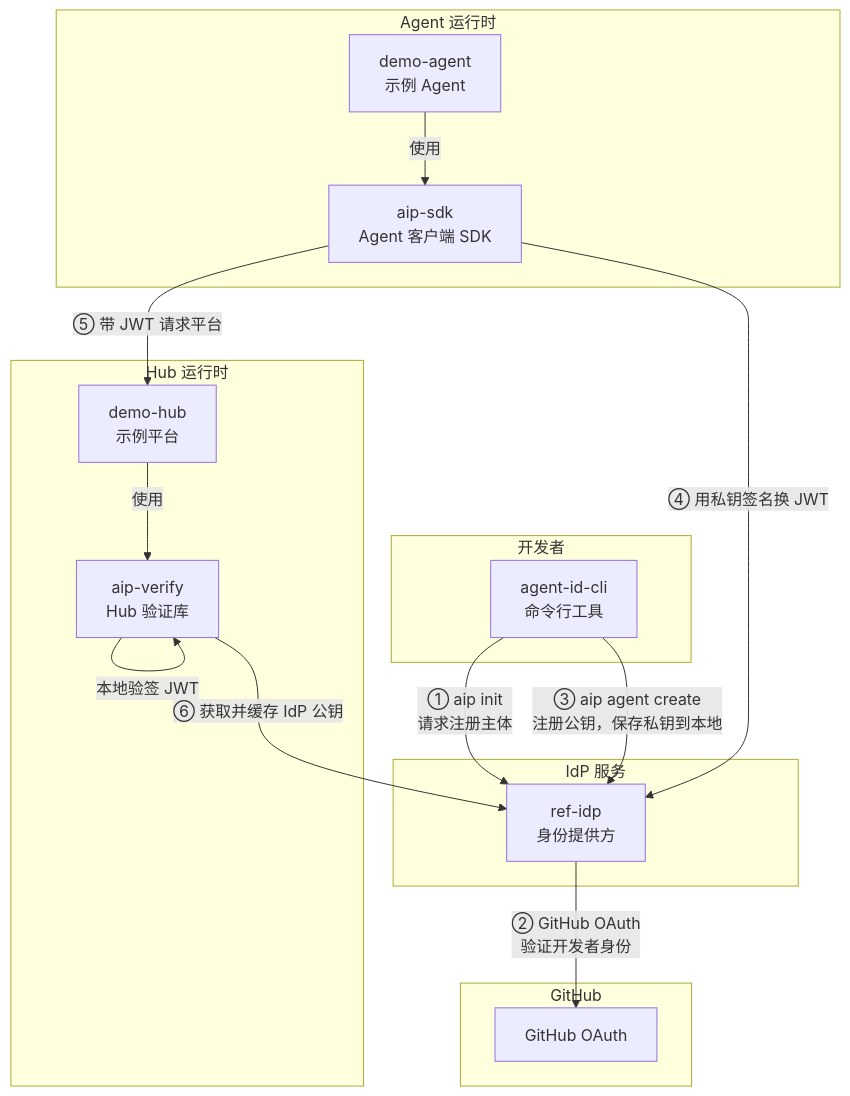
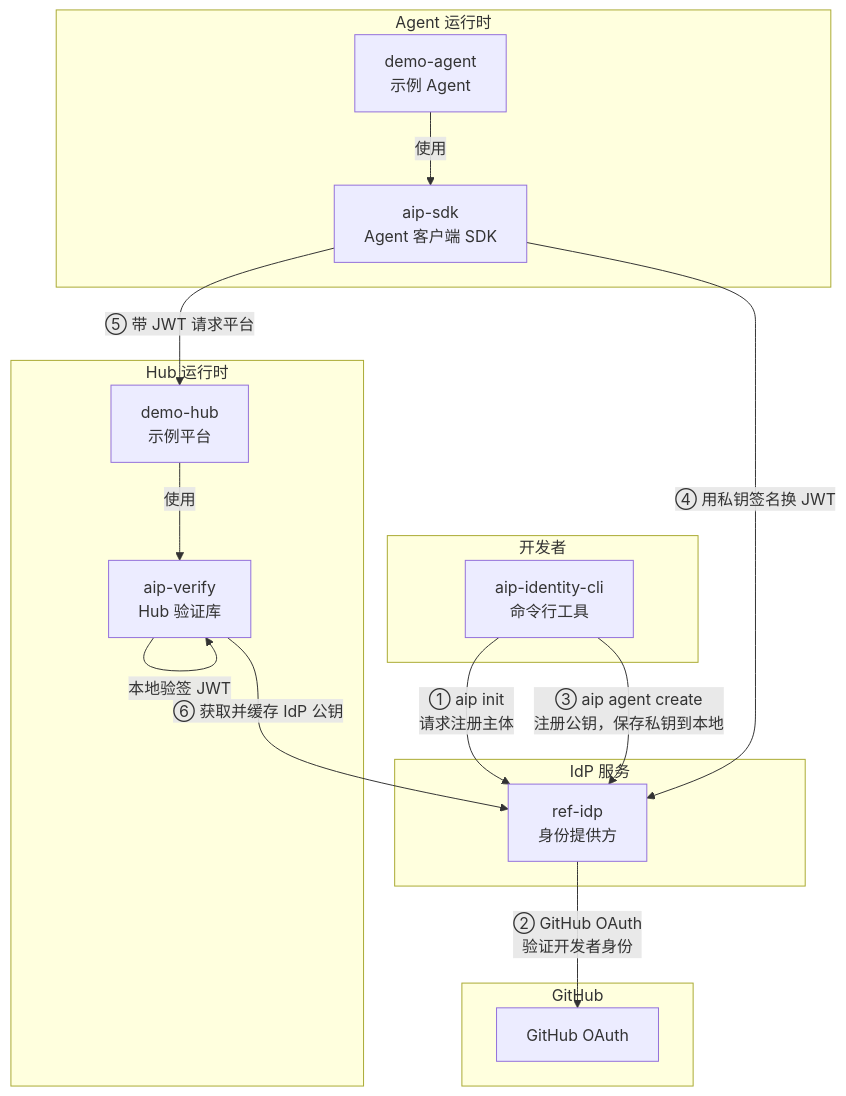
Before and after one commit to agentscope-ai/agent-identity: the eighth of 9 diagrams in README.md, drawn with Mermaid. The commit also changed other lines of this file and 31 other files, not shown here.

````diff
--- a/README.md
+++ b/README.md
@@ -265,36 +265,36 @@
 ```mermaid
 graph TB
     subgraph 开发者
-        CLI["agent-id-cli<br/>命令行工具"]
+        CLI["aip-identity-cli<br/>命令行工具"]
     end
 
     subgraph IdP 服务
         IDP["ref-idp<br/>身份提供方"]
     end
 
     subgraph GitHub
         GH["GitHub OAuth"]
     end
 
     subgraph Agent 运行时
         SDK["aip-sdk<br/>Agent 客户端 SDK"]
         AGENT["demo-agent<br/>示例 Agent"]
     end
 
     subgraph Hub 运行时
         VERIFY["aip-verify<br/>Hub 验证库"]
         HUB["demo-hub<br/>示例平台"]
     end
 
     CLI -->|"① aip init<br/>请求注册主体"| IDP
     IDP -->|"② GitHub OAuth<br/>验证开发者身份"| GH
     CLI -->|"③ aip agent create<br/>注册公钥，保存私钥到本地"| IDP
 
     SDK -->|"④ 用私钥签名换 JWT"| IDP
     AGENT -->|"使用"| SDK
     SDK -->|"⑤ 带 JWT 请求平台"| HUB
 
     HUB -->|"使用"| VERIFY
     VERIFY -->|"⑥ 获取并缓存 IdP 公钥"| IDP
     VERIFY -->|"本地验签 JWT"| VERIFY
 ```
````
